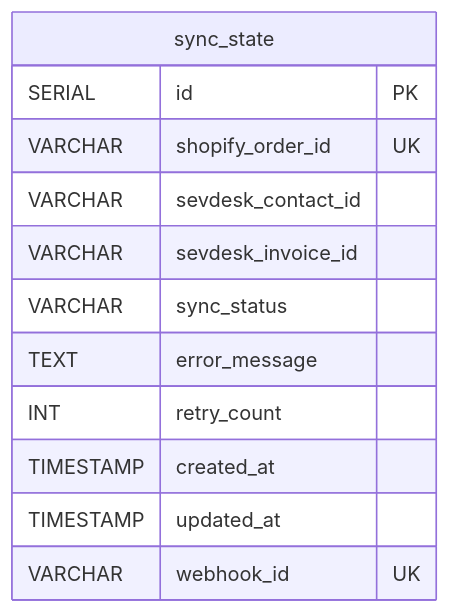
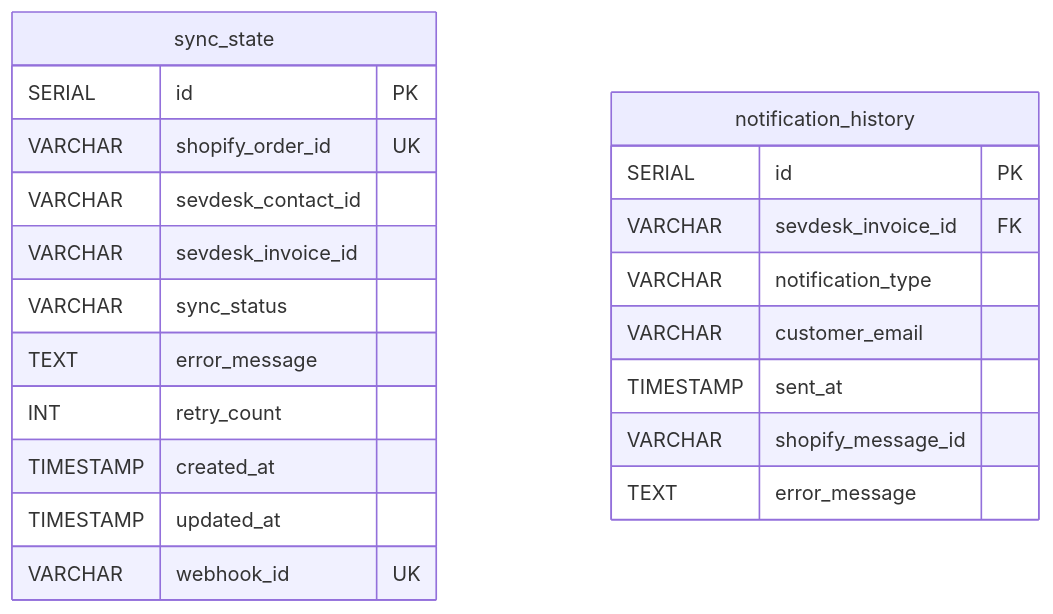
Before and after one commit to audiophil-dev/sevdesk-shopify-connector: the fourth of 8 diagrams in workspace/docs/knowledge/architecture-diagrams.md, drawn with Mermaid. The commit also changed other lines of this file and 3 other files, not shown here.

First line of the commit message:
fix: correct primary flow to Sevdesk → Shopify with payment notifications

````diff
--- a/workspace/docs/knowledge/architecture-diagrams.md
+++ b/workspace/docs/knowledge/architecture-diagrams.md
@@ -134,15 +206,25 @@
 ```mermaid
 erDiagram
     sync_state {
         SERIAL id PK
         VARCHAR shopify_order_id UK
         VARCHAR sevdesk_contact_id
         VARCHAR sevdesk_invoice_id
         VARCHAR sync_status
         TEXT error_message
         INT retry_count
         TIMESTAMP created_at
         TIMESTAMP updated_at
         VARCHAR webhook_id UK
     }
+    
+    notification_history {
+        SERIAL id PK
+        VARCHAR sevdesk_invoice_id FK
+        VARCHAR notification_type
+        VARCHAR customer_email
+        TIMESTAMP sent_at
+        VARCHAR shopify_message_id
+        TEXT error_message
+    }
 ```
````
